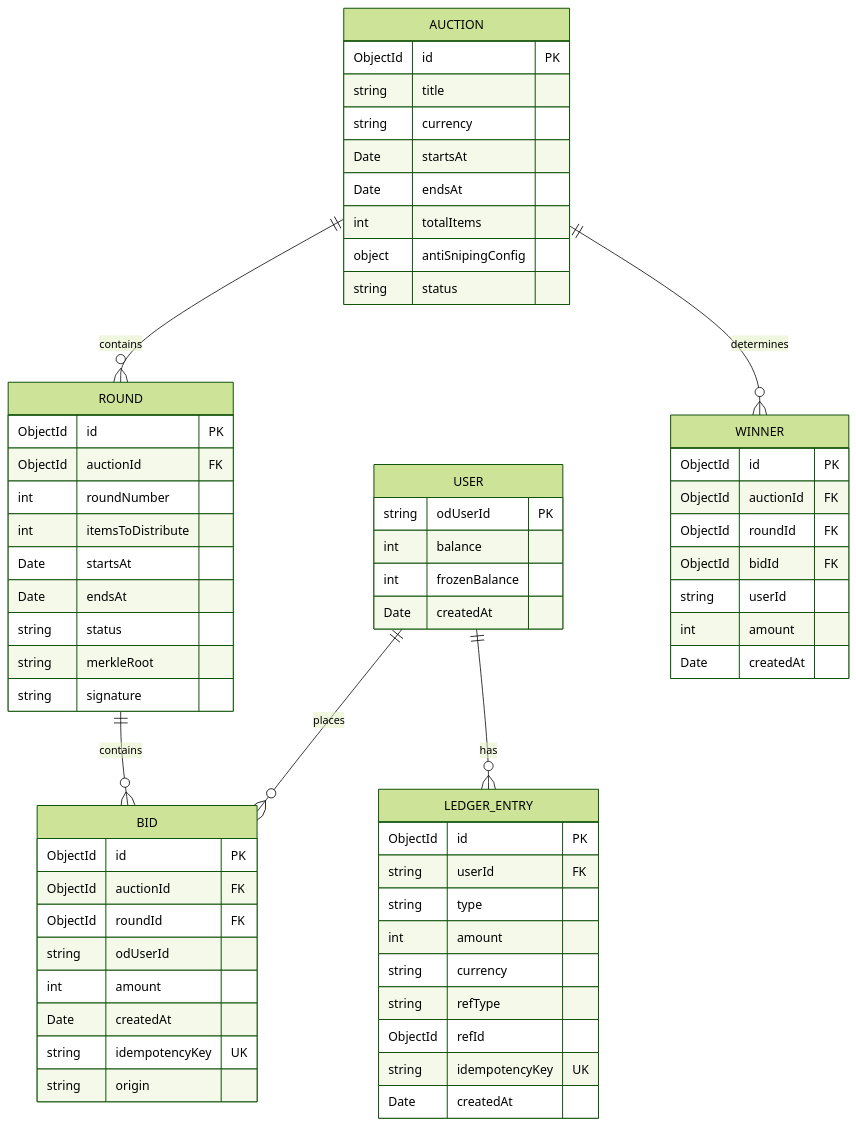
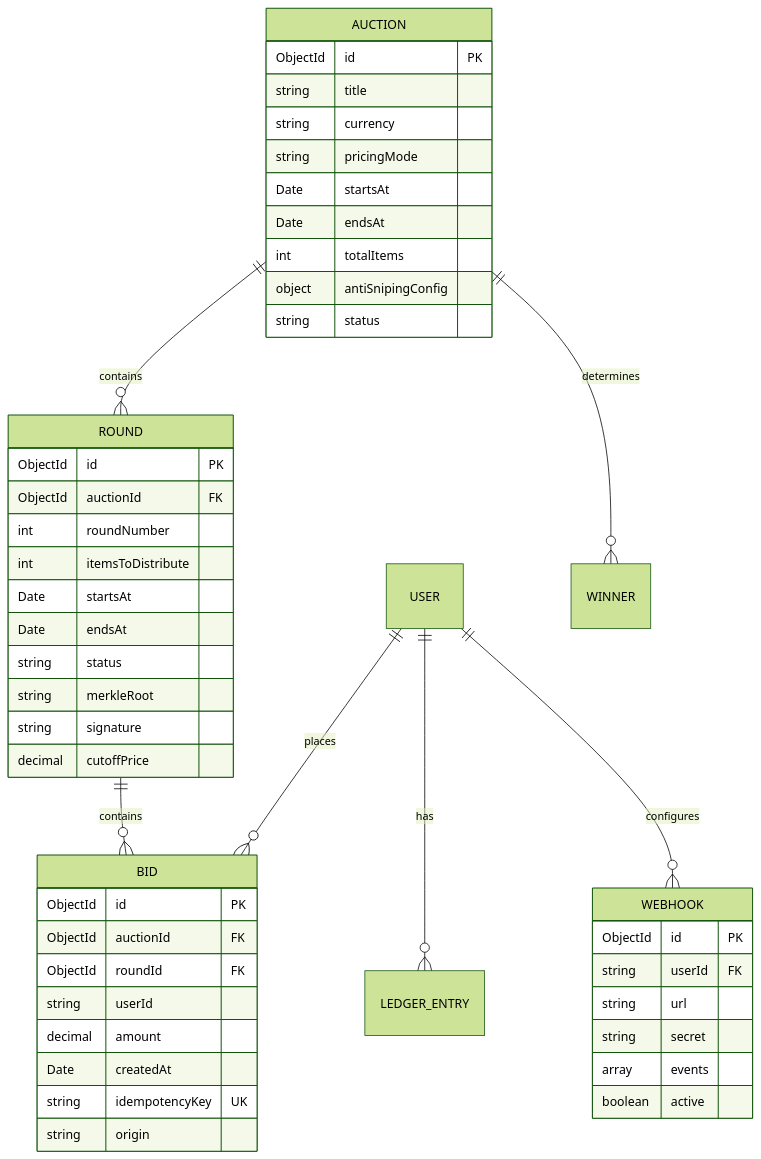
One commit to germanProgq/crypto-hackathon changed the fifth of 7 diagrams in README.md. Above: the diagram before and after it, drawn with Mermaid (forest theme). The commit also changed other lines of this file and 7 other files, not shown here.

````diff
--- a/README.md
+++ b/README.md
@@ -313,71 +359,54 @@
 ```mermaid
 erDiagram
     AUCTION ||--o{ ROUND : contains
     ROUND ||--o{ BID : contains
     USER ||--o{ BID : places
     USER ||--o{ LEDGER_ENTRY : has
     AUCTION ||--o{ WINNER : determines
+    USER ||--o{ WEBHOOK : configures
     
     AUCTION {
         ObjectId id PK
         string title
         string currency
+        string pricingMode
         Date startsAt
         Date endsAt
         int totalItems
         object antiSnipingConfig
         string status
     }
     
     ROUND {
         ObjectId id PK
         ObjectId auctionId FK
         int roundNumber
         int itemsToDistribute
         Date startsAt
         Date endsAt
         string status
         string merkleRoot
         string signature
+        decimal cutoffPrice
     }
     
     BID {
         ObjectId id PK
         ObjectId auctionId FK
         ObjectId roundId FK
-        string odUserId
-        int amount
+        string userId
+        decimal amount
         Date createdAt
         string idempotencyKey UK
         string origin
     }
     
-    USER {
-        string odUserId PK
-        int balance
-        int frozenBalance
-        Date createdAt
-    }
-    
-    LEDGER_ENTRY {
+    WEBHOOK {
         ObjectId id PK
         string userId FK
-        string type
-        int amount
-        string currency
-        string refType
-        ObjectId refId
-        string idempotencyKey UK
-        Date createdAt
-    }
-    
-    WINNER {
-        ObjectId id PK
-        ObjectId auctionId FK
-        ObjectId roundId FK
-        ObjectId bidId FK
-        string userId
-        int amount
-        Date createdAt
+        string url
+        string secret
+        array events
+        boolean active
     }
 ```
````
